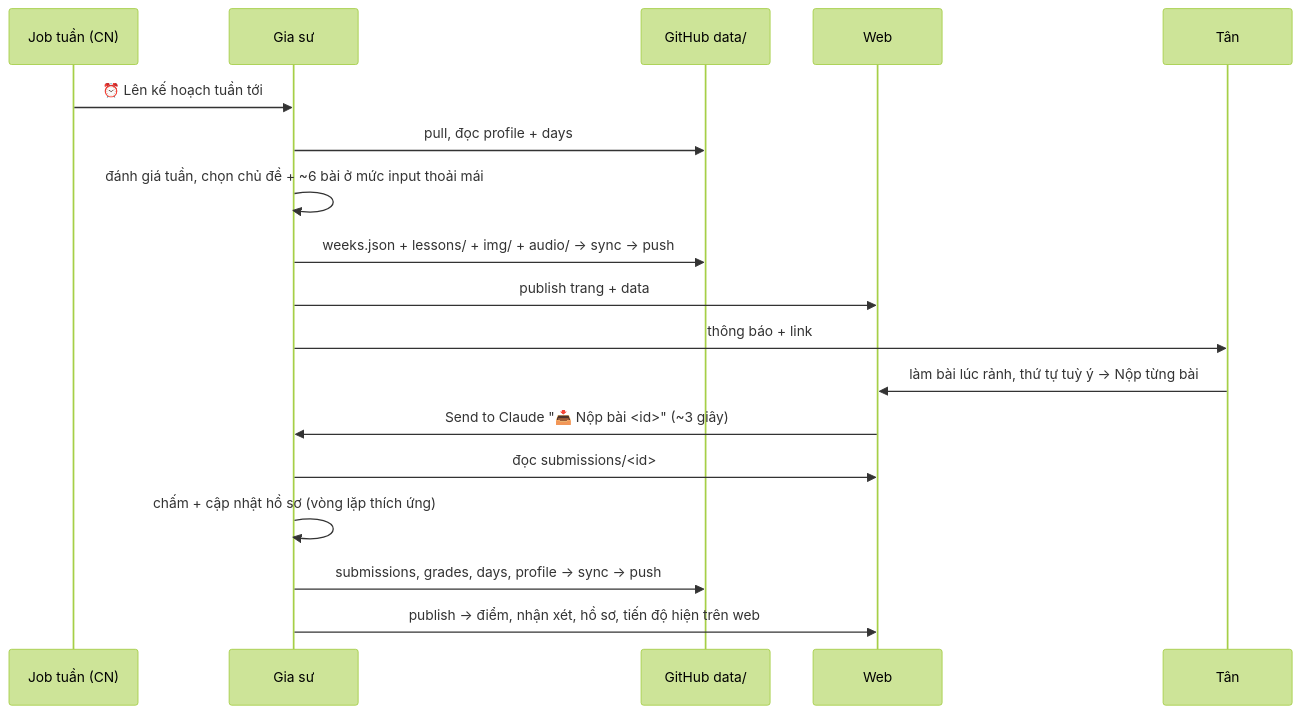
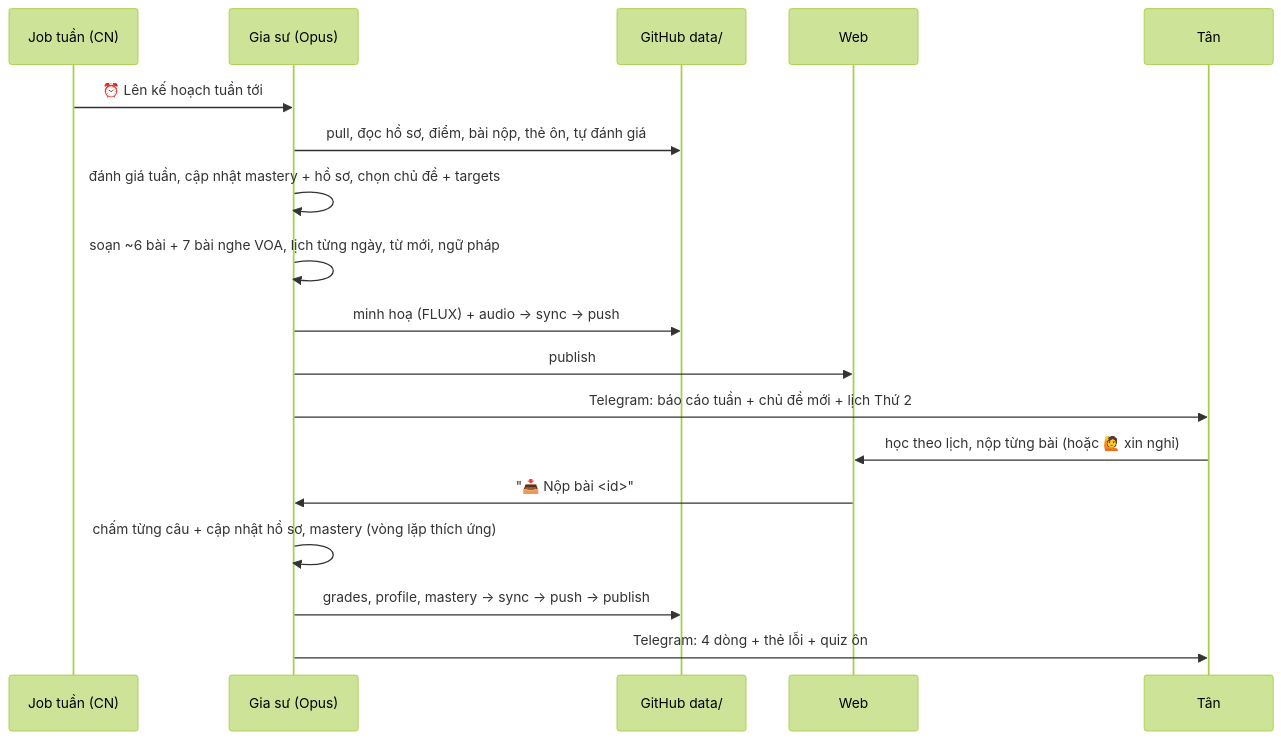
One commit to tannc28/english-tutor changed the second of 2 diagrams in README.md. Above: the diagram before and after it, drawn with Mermaid (forest theme). The commit also changed other lines of this file and 6 other files, not shown here.

Commit message:
Minh hoạ: FLUX trên Cloudflare Workers AI, dự phòng SVG Sonnet/Haiku; bỏ AI Horde và SDXL; viết lại README

````diff
--- a/README.md
+++ b/README.md
@@ -69,20 +90,20 @@
 ```mermaid
 sequenceDiagram
     participant J as Job tuần (CN)
-    participant G as Gia sư
+    participant G as Gia sư (Opus)
     participant R as GitHub data/
     participant W as Web
     participant T as Tân
     J->>G: ⏰ Lên kế hoạch tuần tới
-    G->>R: pull, đọc profile + days
-    G->>G: đánh giá tuần, chọn chủ đề + ~6 bài ở mức input thoải mái
-    G->>R: weeks.json + lessons/ + img/ + audio/ → sync → push
-    G->>W: publish trang + data
-    G->>T: thông báo + link
-    T->>W: làm bài lúc rảnh, thứ tự tuỳ ý → Nộp từng bài
-    W->>G: Send to Claude "📥 Nộp bài <id>" (~3 giây)
-    G->>W: đọc submissions/<id>
-    G->>G: chấm + cập nhật hồ sơ (vòng lặp thích ứng)
-    G->>R: submissions, grades, days, profile → sync → push
-    G->>W: publish → điểm, nhận xét, hồ sơ, tiến độ hiện trên web
+    G->>R: pull, đọc hồ sơ, điểm, bài nộp, thẻ ôn, tự đánh giá
+    G->>G: đánh giá tuần, cập nhật mastery + hồ sơ, chọn chủ đề + targets
+    G->>G: soạn ~6 bài + 7 bài nghe VOA, lịch từng ngày, từ mới, ngữ pháp
+    G->>R: minh hoạ (FLUX) + audio → sync → push
+    G->>W: publish
+    G->>T: Telegram: báo cáo tuần + chủ đề mới + lịch Thứ 2
+    T->>W: học theo lịch, nộp từng bài (hoặc 🙋 xin nghỉ)
+    W->>G: "📥 Nộp bài <id>"
+    G->>G: chấm từng câu + cập nhật hồ sơ, mastery (vòng lặp thích ứng)
+    G->>R: grades, profile, mastery → sync → push → publish
+    G->>T: Telegram: 4 dòng + thẻ lỗi + quiz ôn
 ```
````
